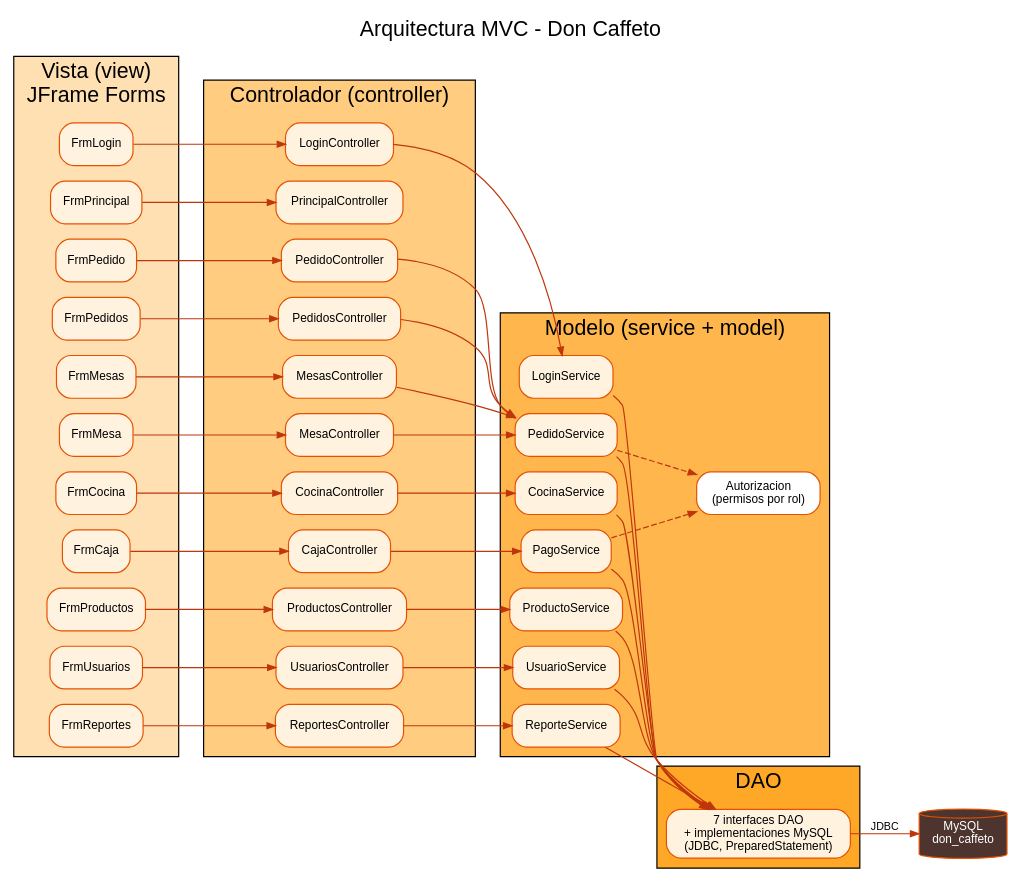
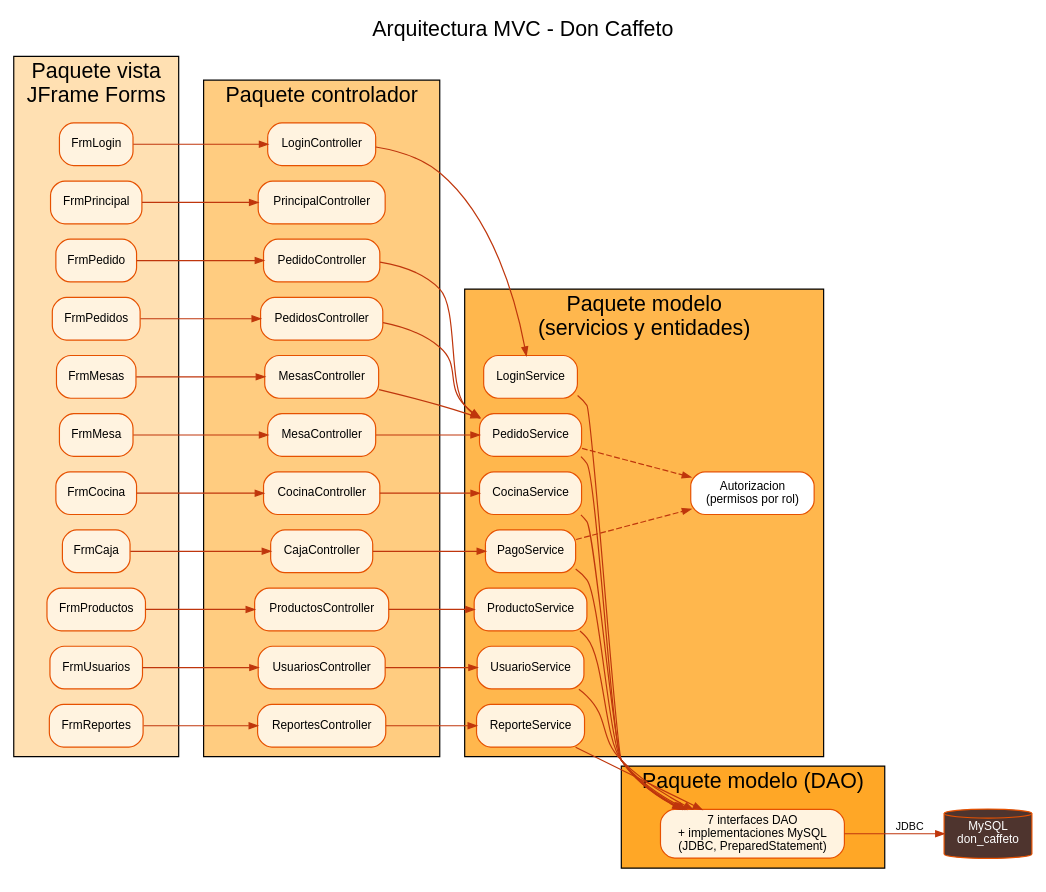
One commit to tonylee-ops/don-caffeto-apf3 changed the diagram in docs/diagramas/mvc.dot. Above: the diagram before and after it, drawn with Graphviz. The commit also changed 317 other files, not shown here.

First line of the commit message:
Paquetes renombrados: mvc, controlador, modelo y vista

```diff
--- a/docs/diagramas/mvc.dot
+++ b/docs/diagramas/mvc.dot
@@ -1,23 +1,23 @@
 digraph MVC {
   rankdir=LR; fontname="Helvetica"; label="Arquitectura MVC - Don Caffeto"; labelloc=t; fontsize=18; nodesep=0.18;
   node [shape=box, style="rounded,filled", fontname="Helvetica", fontsize=10, fillcolor="#FFF3E0", color="#E65100"];
   edge [color="#BF360C", fontname="Helvetica", fontsize=9, arrowsize=0.7];
-  subgraph cluster_v { label="Vista (view)\nJFrame Forms"; style=filled; fillcolor="#FFE0B2";
+  subgraph cluster_v { label="Paquete vista\nJFrame Forms"; style=filled; fillcolor="#FFE0B2";
     FrmLogin; FrmPrincipal; FrmMesas; FrmMesa; FrmPedido; FrmPedidos; FrmCocina; FrmCaja; FrmProductos; FrmUsuarios; FrmReportes; }
-  subgraph cluster_c { label="Controlador (controller)"; style=filled; fillcolor="#FFCC80";
+  subgraph cluster_c { label="Paquete controlador"; style=filled; fillcolor="#FFCC80";
     LoginController; PrincipalController; MesasController; MesaController; PedidoController; PedidosController; CocinaController; CajaController;
     ProductosController; UsuariosController; ReportesController; }
-  subgraph cluster_m { label="Modelo (service + model)"; style=filled; fillcolor="#FFB74D";
+  subgraph cluster_m { label="Paquete modelo\n(servicios y entidades)"; style=filled; fillcolor="#FFB74D";
     Autorizacion [label="Autorizacion\n(permisos por rol)", fillcolor="#FFFFFF"];
     LoginService; PedidoService; CocinaService; PagoService; ProductoService; UsuarioService; ReporteService; }
-  subgraph cluster_d { label="DAO"; style=filled; fillcolor="#FFA726";
+  subgraph cluster_d { label="Paquete modelo (DAO)"; style=filled; fillcolor="#FFA726";
     DAO [label="7 interfaces DAO\n+ implementaciones MySQL\n(JDBC, PreparedStatement)"]; }
   BD [shape=cylinder, fillcolor="#4E342E", fontcolor=white, label="MySQL\ndon_caffeto"];
   FrmLogin -> LoginController; FrmPrincipal -> PrincipalController; FrmMesas -> MesasController; FrmMesa -> MesaController; FrmPedido -> PedidoController; FrmPedidos -> PedidosController;
   FrmCocina -> CocinaController; FrmCaja -> CajaController; FrmProductos -> ProductosController; FrmUsuarios -> UsuariosController; FrmReportes -> ReportesController;
   LoginController -> LoginService; MesasController -> PedidoService; MesaController -> PedidoService; PedidoController -> PedidoService; PedidosController -> PedidoService; CocinaController -> CocinaService;
   CajaController -> PagoService; ProductosController -> ProductoService; UsuariosController -> UsuarioService; ReportesController -> ReporteService;
   PedidoService -> Autorizacion [style=dashed]; PagoService -> Autorizacion [style=dashed];
   LoginService -> DAO; PedidoService -> DAO; CocinaService -> DAO; PagoService -> DAO; ProductoService -> DAO; UsuarioService -> DAO; ReporteService -> DAO;
   DAO -> BD [label="JDBC"];
 }
```
